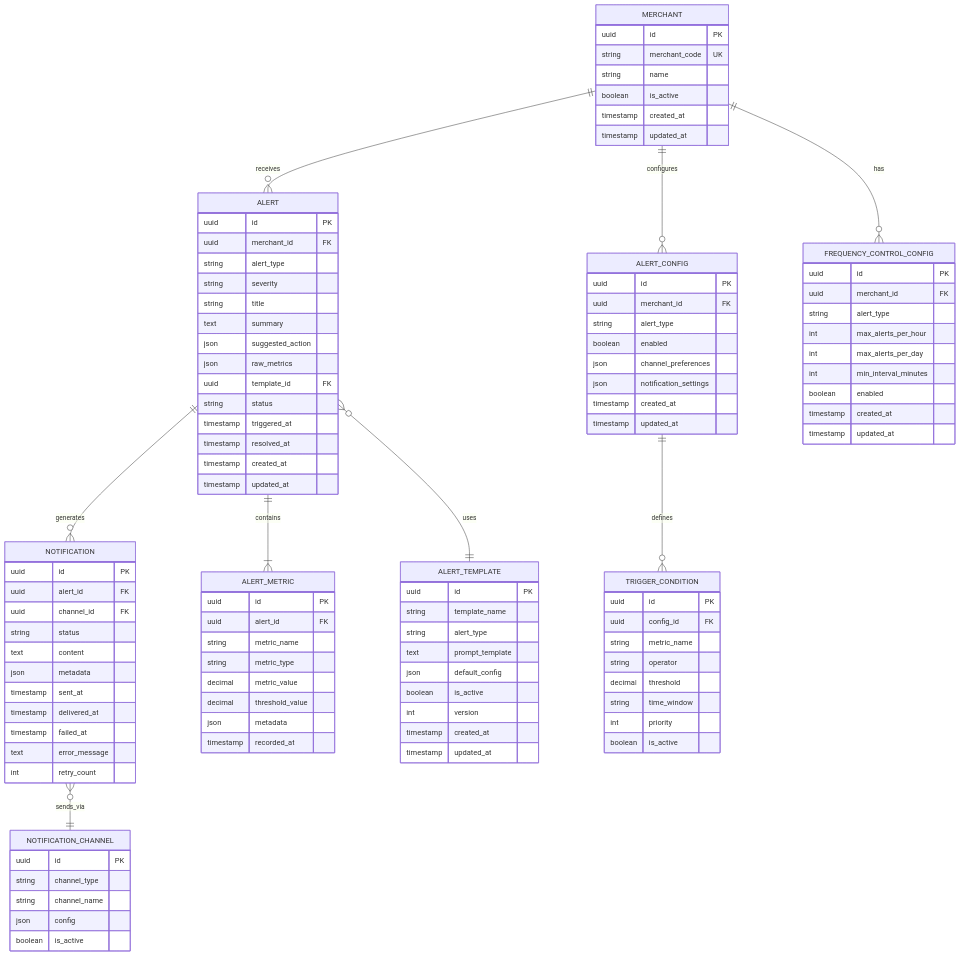
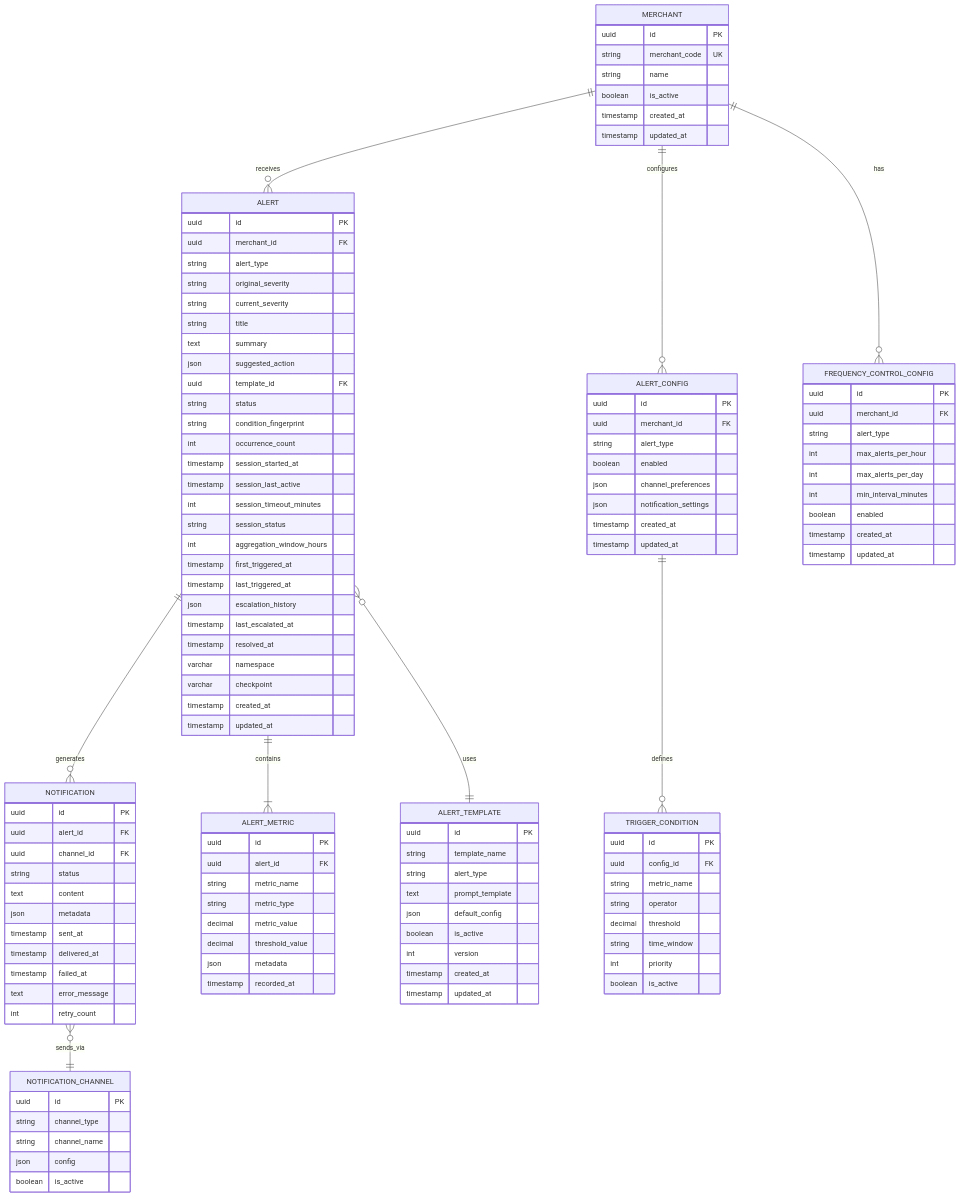
One commit to smarttttttt/AwxSentinel changed the eighth of 9 diagrams in AlertSystemDesign_EN.md. Above: the diagram before and after it, drawn with Mermaid. The commit also changed other lines of this file and 1 other file, not shown here.

First line of the commit message:
feat: implement hybrid alert aggregation strategy

```diff
--- a/AlertSystemDesign_EN.md
+++ b/AlertSystemDesign_EN.md
@@ -395,15 +542,27 @@
         uuid id PK
         uuid merchant_id FK
         string alert_type
-        string severity
+        string original_severity
+        string current_severity
         string title
         text summary
         json suggested_action
-        json raw_metrics
         uuid template_id FK
         string status
-        timestamp triggered_at
+        string condition_fingerprint
+        int occurrence_count
+        timestamp session_started_at
+        timestamp session_last_active
+        int session_timeout_minutes
+        string session_status
+        int aggregation_window_hours
+        timestamp first_triggered_at
+        timestamp last_triggered_at
+        json escalation_history
+        timestamp last_escalated_at
         timestamp resolved_at
+        varchar namespace
+        varchar checkpoint
         timestamp created_at
         timestamp updated_at
     }
```
